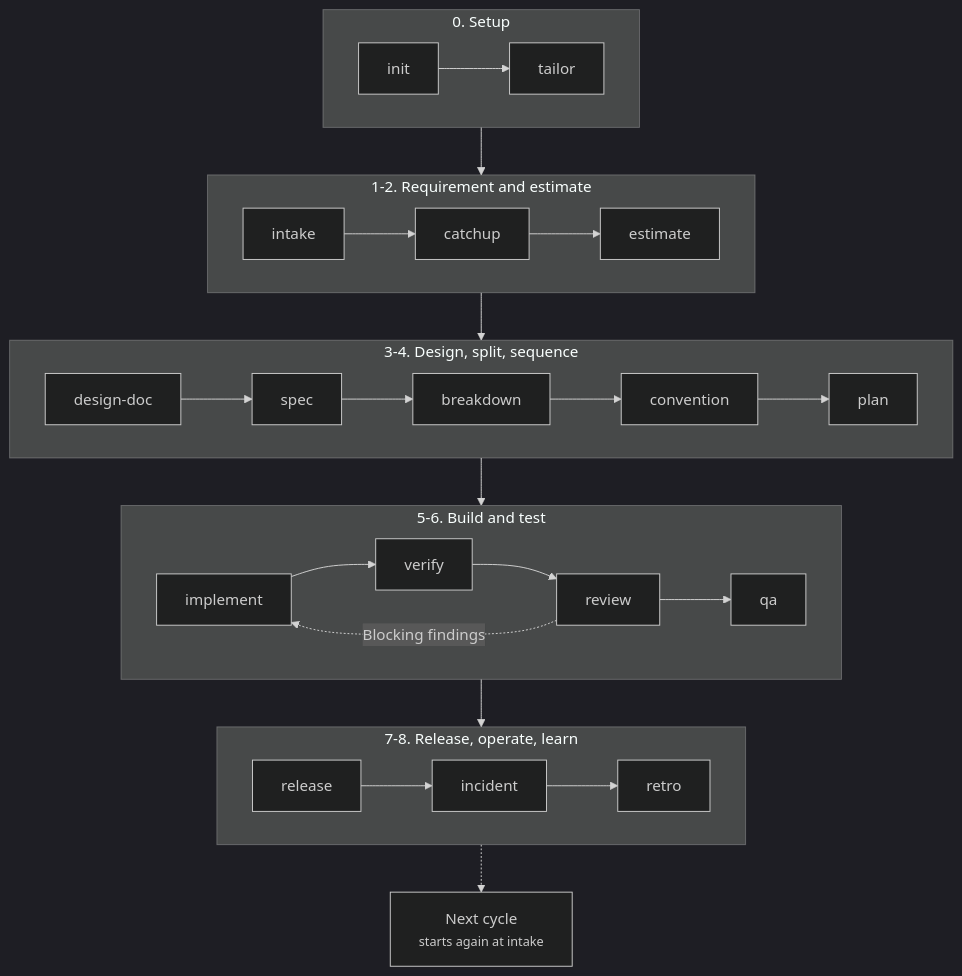
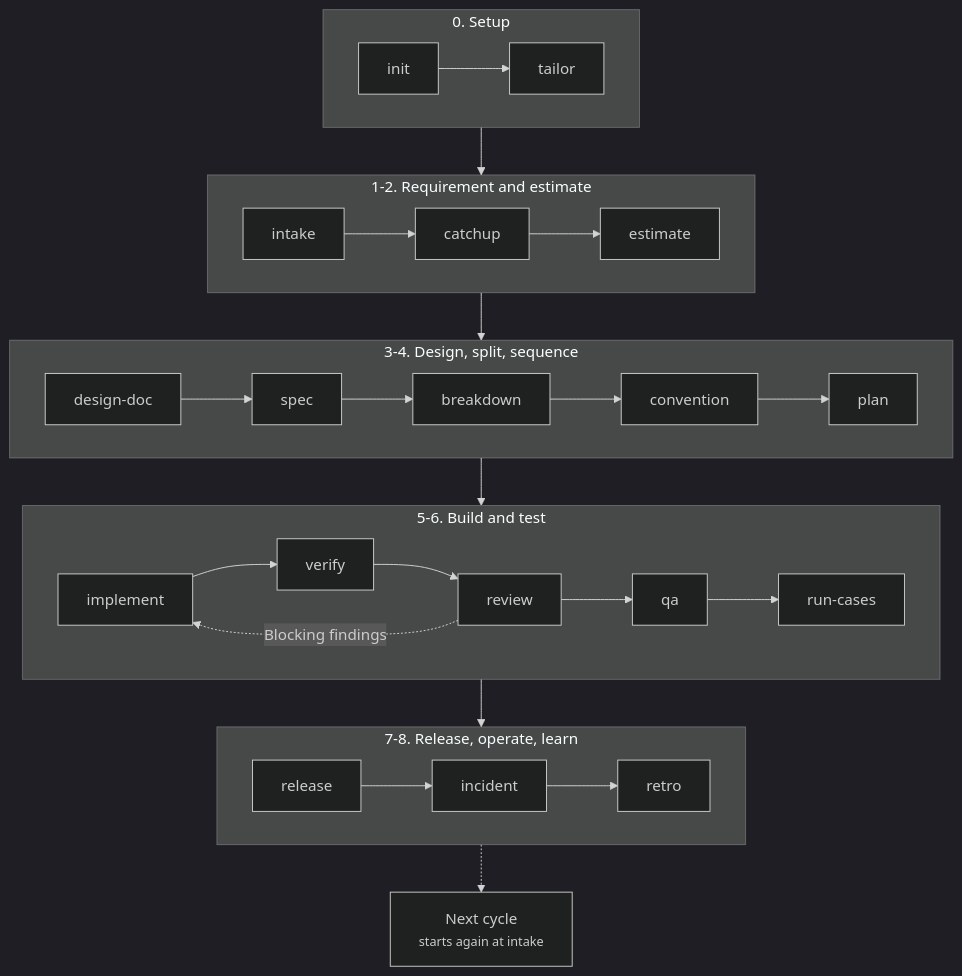
One commit to lamngockhuong/aiteamkit changed the diagram in README.md. Above: the diagram before and after it, drawn with Mermaid (dark theme). The commit also changed other lines of this file and 47 other files, not shown here.

First line of the commit message:
feat(run-cases): add atk:run-cases to execute approved cases on a deployed environment (#87)

````diff
--- a/README.md
+++ b/README.md
@@ -17,26 +17,26 @@
 ```mermaid
 flowchart TD
     subgraph L0["0. Setup"]
         direction LR
         I["init"] --> T["tailor"]
     end
     subgraph L1["1-2. Requirement and estimate"]
         direction LR
         IN["intake"] --> C["catchup"] --> E["estimate"]
     end
     subgraph L2["3-4. Design, split, sequence"]
         direction LR
         D["design-doc"] --> SP["spec"] --> B["breakdown"] --> CV["convention"] --> P["plan"]
     end
     subgraph L3["5-6. Build and test"]
         direction LR
-        IM["implement"] --> V["verify"] --> R["review"] --> Q["qa"]
+        IM["implement"] --> V["verify"] --> R["review"] --> Q["qa"] --> RC["run-cases"]
         R -.->|Blocking findings| IM
     end
     subgraph L4["7-8. Release, operate, learn"]
         direction LR
         RL["release"] --> IC["incident"] --> RT["retro"]
     end
     L0 --> L1 --> L2 --> L3 --> L4
     L4 -.-> NC["Next cycle<br/><small>starts again at intake</small>"]
 ```
````
